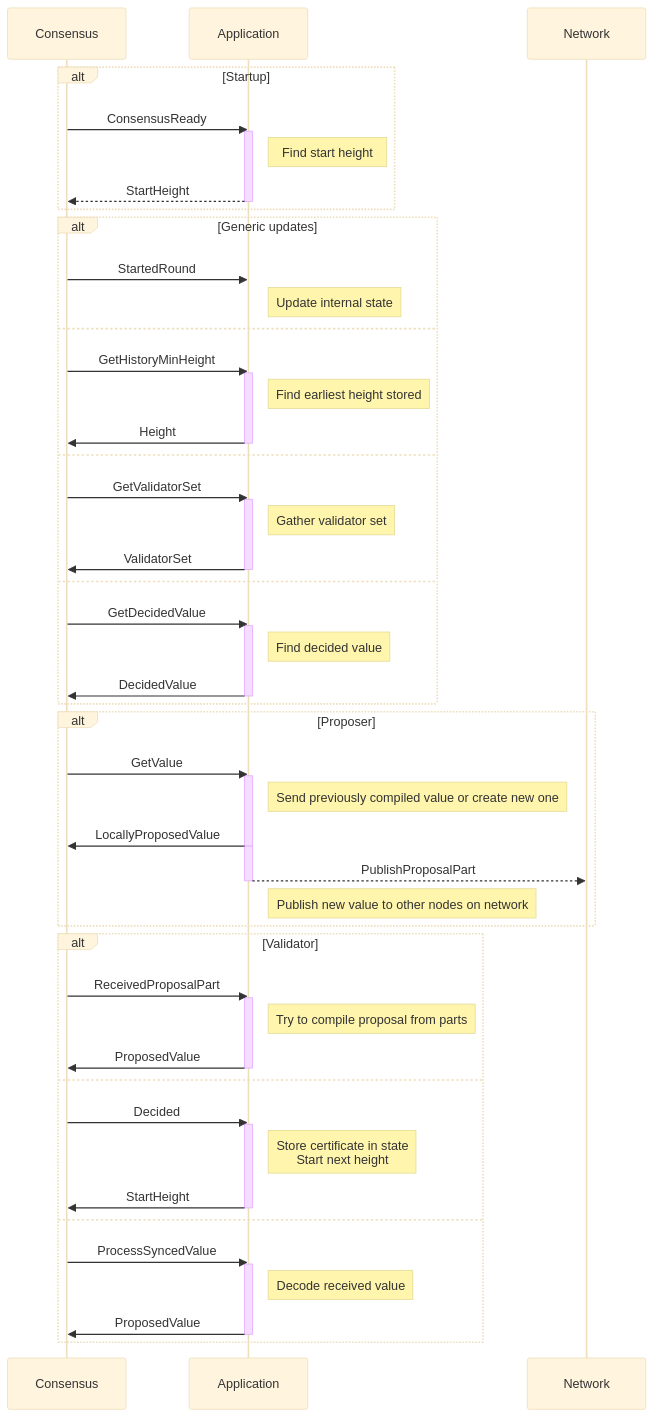
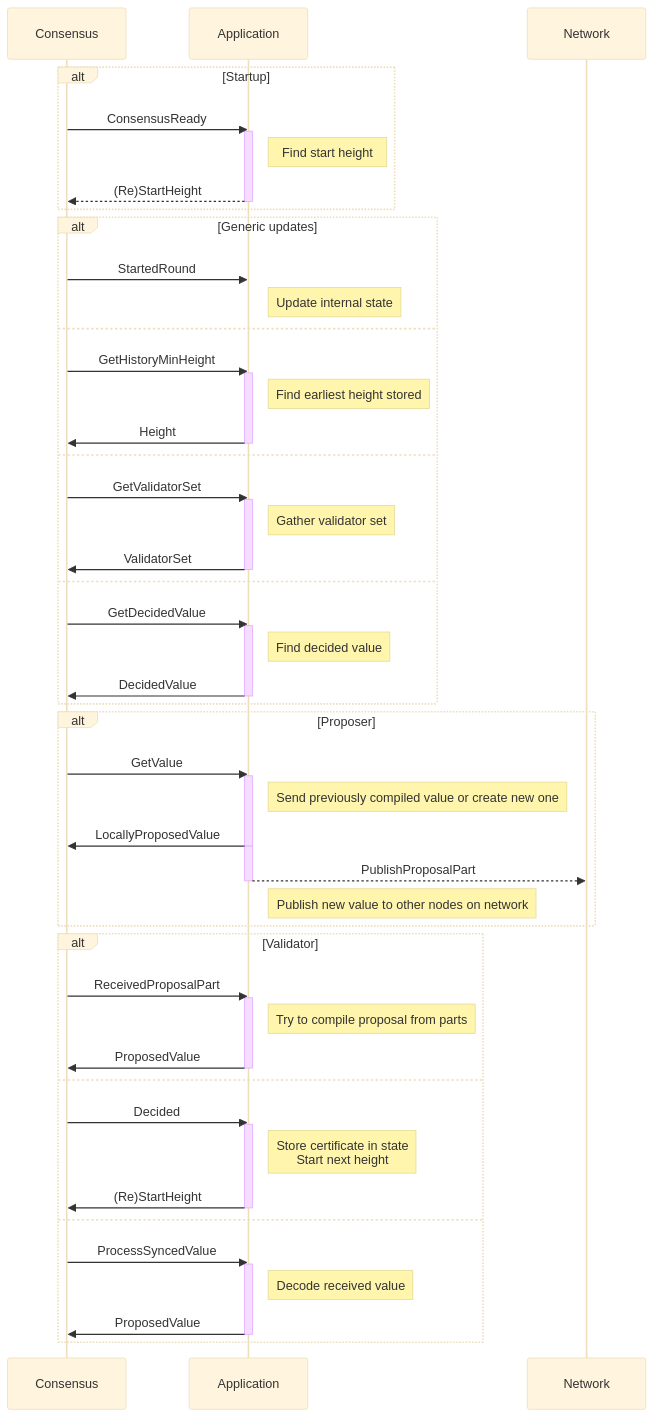
Before and after one commit to circlefin/malachite: the diagram in docs/tutorials/channels.md, drawn with Mermaid (base theme). The commit also changed other lines of this file and 2 other files, not shown here.

````diff
--- a/docs/tutorials/channels.md
+++ b/docs/tutorials/channels.md
@@ -986,66 +988,66 @@
 ```mermaid
 sequenceDiagram
 
    alt Startup
    Consensus->>Application: ConsensusReady
    activate Application
    note right of Application: Find start height
-   Application-->>Consensus: StartHeight
+   Application-->>Consensus: (Re)StartHeight
    deactivate Application
    end
 
    alt Generic updates
    Consensus->>Application: StartedRound
    note right of Application: Update internal state
    else
    Consensus->>Application: GetHistoryMinHeight
    activate Application
    note right of Application: Find earliest height stored
    Application->>Consensus: Height
    deactivate Application
    else
    Consensus->>Application: GetValidatorSet
    activate Application
    note right of Application: Gather validator set
    Application->>Consensus: ValidatorSet
    deactivate Application
    else
    Consensus->>Application: GetDecidedValue
    activate Application
    note right of Application: Find decided value
    Application->>Consensus: DecidedValue
    deactivate Application
    end
 
    alt Proposer
    Consensus->>Application: GetValue
    activate Application
    note right of Application: Send previously compiled value or create new one
    Application->>Consensus: LocallyProposedValue
    deactivate Application
    activate Application
    Application-->>Network: PublishProposalPart
    deactivate Application
    note right of Application: Publish new value to other nodes on network
    end
 
    alt Validator
    Consensus->>Application: ReceivedProposalPart
    activate Application
    note right of Application: Try to compile proposal from parts
    Application->>Consensus: ProposedValue
    deactivate Application
    else
    Consensus->>Application: Decided
    activate Application
    note right of Application: Store certificate in state<br>Start next height
-   Application->>Consensus: StartHeight
+   Application->>Consensus: (Re)StartHeight
    deactivate Application
    else
    Consensus->>Application: ProcessSyncedValue
    activate Application
    note right of Application: Decode received value
    Application->>Consensus: ProposedValue
    deactivate Application
    end
 ```
````
